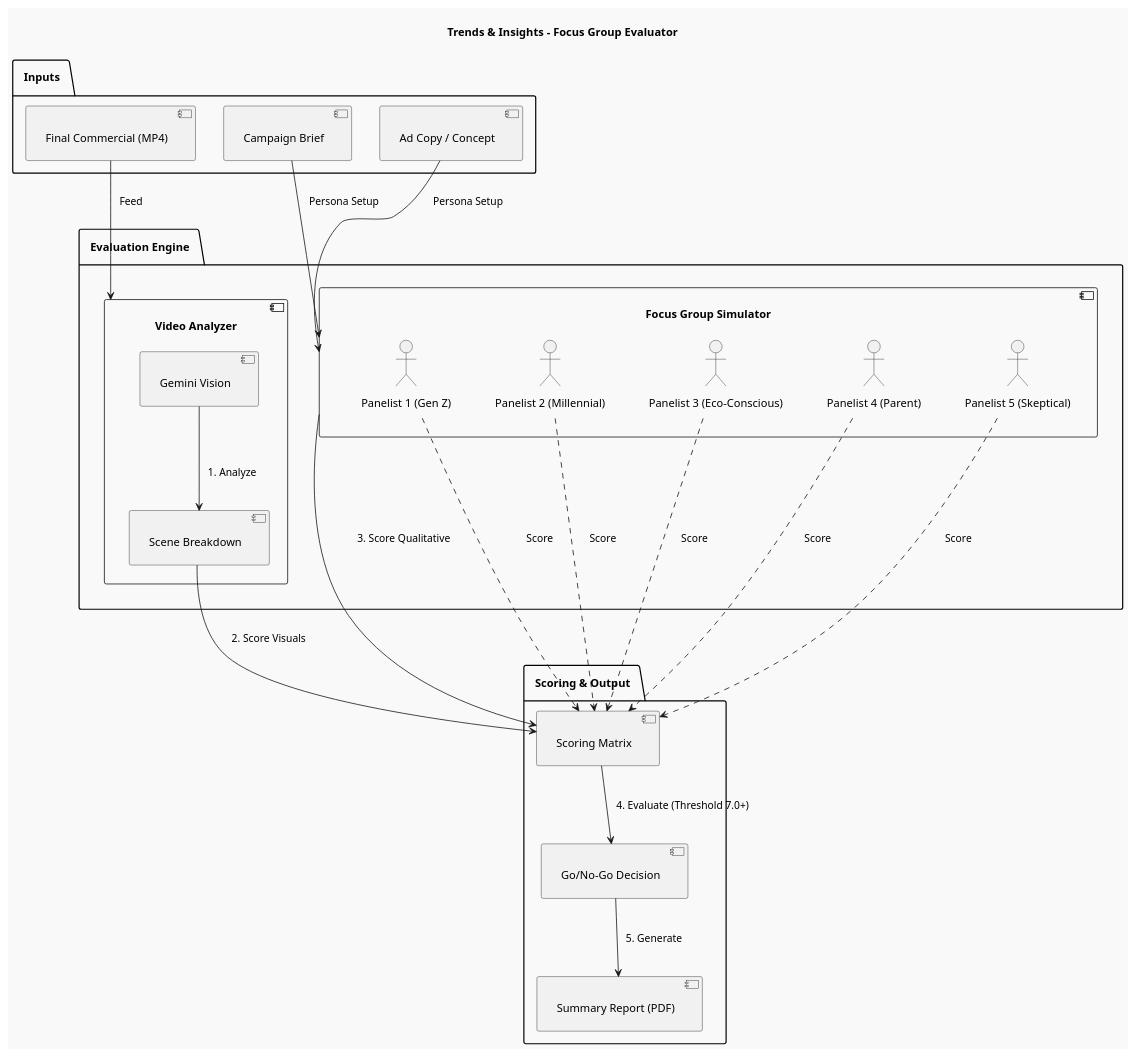
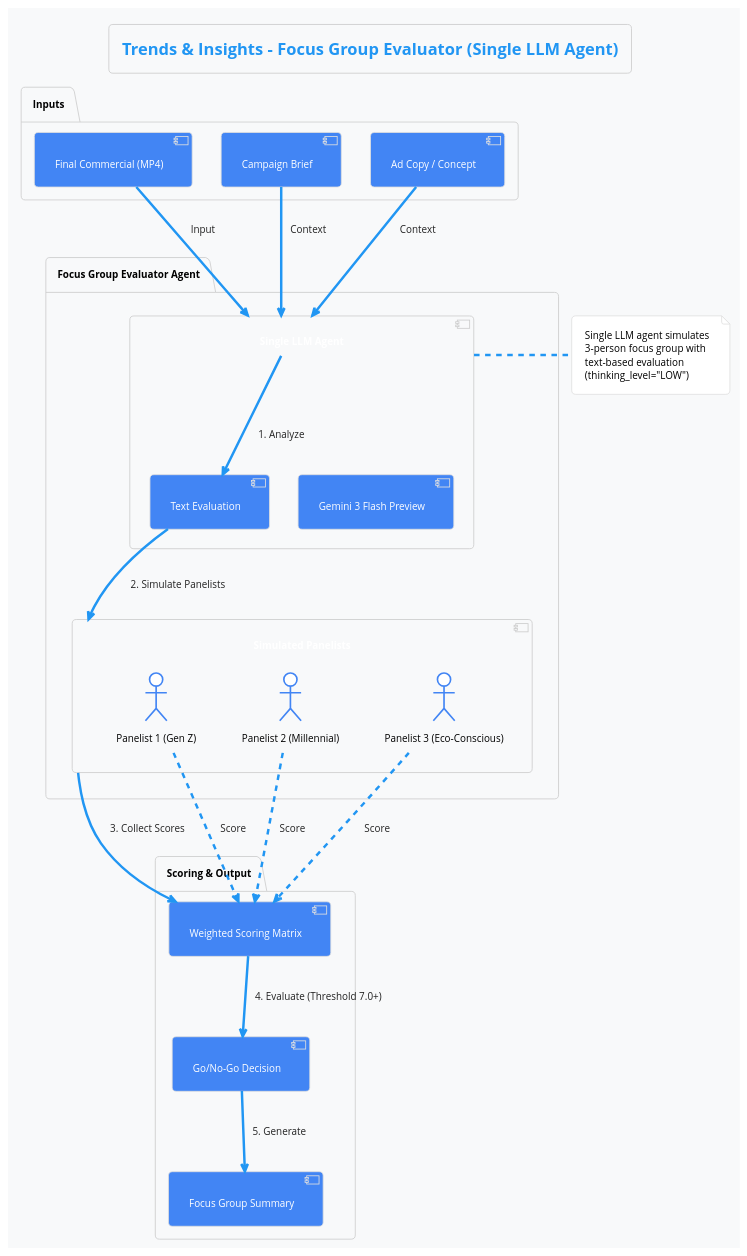
Before and after one commit to tottenjordan/zghost: the diagram in docs/focus_group_evaluator_notheme.puml, drawn with PlantUML. The commit also changed 21 other files, not shown here.

First line of the commit message:
docs: update all PlantUML diagrams for flat 2-level architecture

```diff
--- a/docs/focus_group_evaluator_notheme.puml
+++ b/docs/focus_group_evaluator_notheme.puml
@@ -1,55 +1,152 @@
 @startuml
-skinparam Handwritten false
-skinparam Monochrome false
-skinparam BackgroundColor #f9f9f9
+
+' GCP_BRANDING_APPLIED
+!theme materia
+skinparam backgroundColor #F8F9FA
+skinparam roundCorner 10
+skinparam defaultFontName "Open Sans"
+skinparam DefaultFontSize 12
 skinparam Padding 10
 
-title Trends & Insights - Focus Group Evaluator
+skinparam database {
+    BackgroundColor #FBBC05
+    BorderColor #E0E0E0
+    FontColor #000
+    Shadowing false
+}
+skinparam component {
+    BackgroundColor #4285F4
+    BorderColor #E0E0E0
+    FontColor #FFF
+    Shadowing false
+}
+skinparam rectangle {
+    BackgroundColor #EA4335
+    BorderColor #E0E0E0
+    FontColor #FFF
+    Shadowing false
+}
+skinparam note {
+    BackgroundColor #FFFFFF
+    BorderColor #E0E0E0
+    FontColor #000000
+    Shadowing false
+    BorderThickness 1
+}
+skinparam collections {
+    BackgroundColor #34A853
+    BorderColor #E0E0E0
+    FontColor #FFF
+    Shadowing false
+}
+skinparam state {
+    BackgroundColor #4285F4
+    BorderColor #E0E0E0
+    FontColor #FFF
+    Shadowing false
+}
+skinparam activity {
+    BackgroundColor #4285F4
+    BorderColor #E0E0E0
+    FontColor #FFF
+    Shadowing false
+}
+skinparam actor {
+    BackgroundColor #FFFFFF
+    BorderColor #4285F4
+    FontColor #000
+    Shadowing false
+    BorderThickness 2
+}
+skinparam usecase {
+    BackgroundColor #FBBC05
+    BorderColor #E0E0E0
+    FontColor #000
+    Shadowing false
+}
+skinparam cloud {
+    BackgroundColor #FFFFFF
+    BorderColor #E0E0E0
+    FontColor #000
+    Shadowing false
+}
+skinparam frame {
+    BackgroundColor #FFFFFF
+    BorderColor #E0E0E0
+    FontColor #000
+    Shadowing false
+}
+skinparam package {
+    BackgroundColor #F8F9FA
+    BorderColor #CCCCCC
+    FontColor #000
+    Shadowing false
+    BorderThickness 1
+}
+skinparam node {
+    BackgroundColor #EA4335
+    BorderColor #E0E0E0
+    FontColor #FFF
+    Shadowing false
+}
+skinparam queue {
+    BackgroundColor #34A853
+    BorderColor #E0E0E0
+    FontColor #FFF
+    Shadowing false
+}
+
+
+
+title Trends & Insights - Focus Group Evaluator (Single LLM Agent)
 
 package "Inputs" {
   [Final Commercial (MP4)] as Video
   [Campaign Brief] as Brief
   [Ad Copy / Concept] as Concept
 }
 
-package "Evaluation Engine" {
-  component "Video Analyzer" as Analyzer {
-    [Gemini Vision] as Vision
-    [Scene Breakdown] as Scenes
+package "Focus Group Evaluator Agent" {
+  component "Single LLM Agent" as Agent {
+    [Gemini 3 Flash Preview] as LLM
+    [Text Evaluation] as TextEval
   }
-  
-  component "Focus Group Simulator" as Simulator {
+
+  component "Simulated Panelists" as Simulator {
     actor "Panelist 1 (Gen Z)" as P1
     actor "Panelist 2 (Millennial)" as P2
     actor "Panelist 3 (Eco-Conscious)" as P3
-    actor "Panelist 4 (Parent)" as P4
-    actor "Panelist 5 (Skeptical)" as P5
   }
 }
 
 package "Scoring & Output" {
-  [Scoring Matrix] as Matrix
+  [Weighted Scoring Matrix] as Matrix
   [Go/No-Go Decision] as Decision
-  [Summary Report (PDF)] as Report
+  [Focus Group Summary] as Report
 }
 
+note right of Agent
+  Single LLM agent simulates
+  3-person focus group with
+  text-based evaluation
+  (thinking_level="LOW")
+end note
+
 ' Relationships
-Video --> Analyzer : Feed
-Brief --> Simulator : Persona Setup
-Concept --> Simulator : Persona Setup
+Video --> Agent : Input
+Brief --> Agent : Context
+Concept --> Agent : Context
 
-Vision --> Scenes : 1. Analyze
-Scenes --> Matrix : 2. Score Visuals
+Agent --> TextEval : 1. Analyze
+TextEval --> Simulator : 2. Simulate Panelists
 
-Simulator --> Matrix : 3. Score Qualitative
+Simulator --> Matrix : 3. Collect Scores
 
 Matrix --> Decision : 4. Evaluate (Threshold 7.0+)
 Decision --> Report : 5. Generate
 
 P1 ..> Matrix : Score
 P2 ..> Matrix : Score
 P3 ..> Matrix : Score
-P4 ..> Matrix : Score
-P5 ..> Matrix : Score
 
 @endum
```
